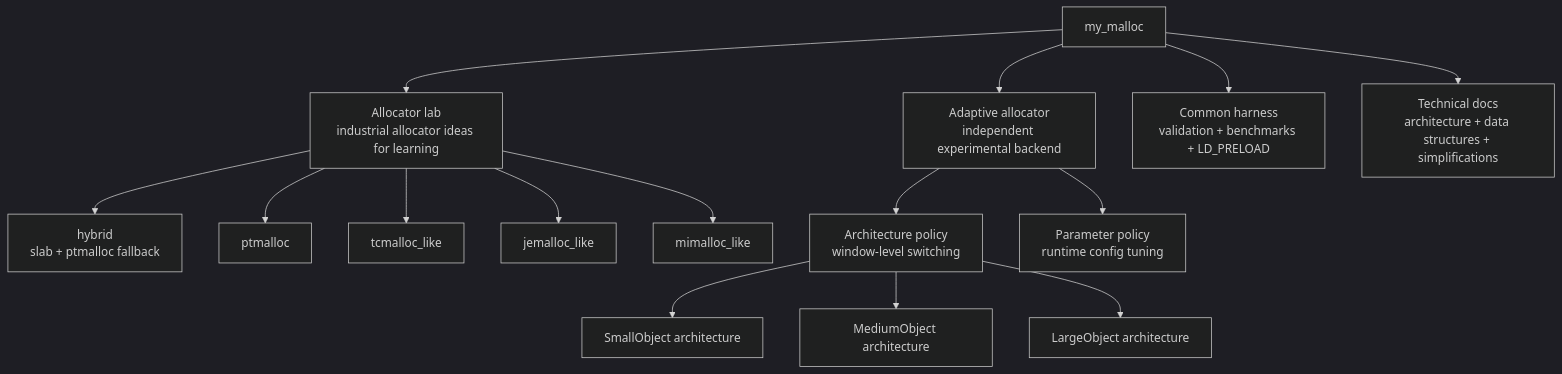
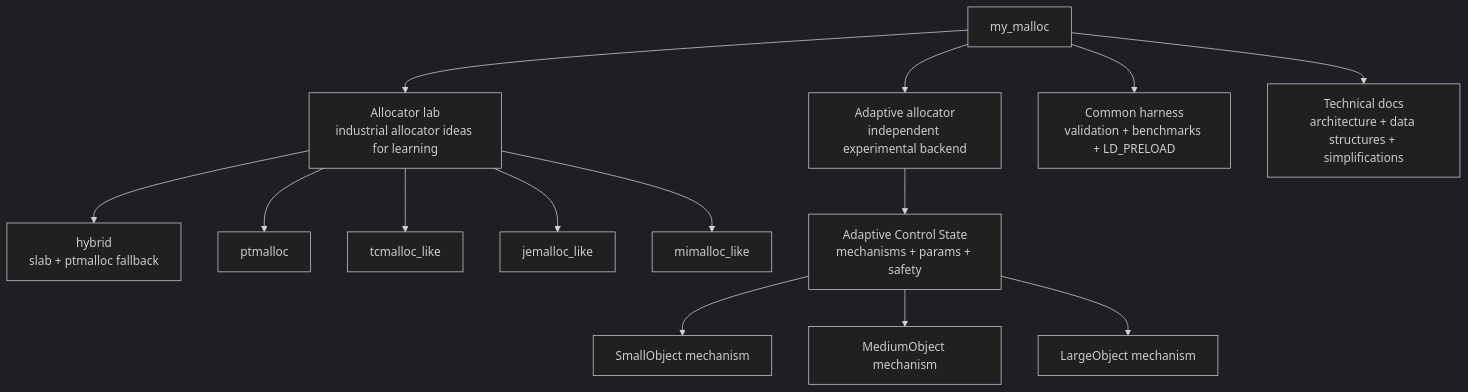
Before and after one commit to sdsasf/my_malloc: the first of 3 diagrams in docs/system_architecture.md, drawn with Mermaid (dark theme). The commit also changed other lines of this file and 8 other files, not shown here.

Commit message:
Clarify adaptive mechanism control

````diff
--- a/docs/system_architecture.md
+++ b/docs/system_architecture.md
@@ -12,26 +12,25 @@
 ```mermaid
 flowchart TB
     Project["my_malloc"]
 
     Lab["Allocator lab<br/>industrial allocator ideas for learning"]
     Adaptive["Adaptive allocator<br/>independent experimental backend"]
     Harness["Common harness<br/>validation + benchmarks + LD_PRELOAD"]
     Docs["Technical docs<br/>architecture + data structures + simplifications"]
 
     Project --> Lab
     Project --> Adaptive
     Project --> Harness
     Project --> Docs
 
     Lab --> Hybrid["hybrid<br/>slab + ptmalloc fallback"]
     Lab --> PT["ptmalloc"]
     Lab --> TC["tcmalloc_like"]
     Lab --> JE["jemalloc_like"]
     Lab --> MI["mimalloc_like"]
 
-    Adaptive --> AP["Architecture policy<br/>window-level switching"]
-    Adaptive --> TP["Parameter policy<br/>runtime config tuning"]
-    AP --> AS["SmallObject architecture"]
-    AP --> AM["MediumObject architecture"]
-    AP --> AL["LargeObject architecture"]
+    Adaptive --> CS["Adaptive Control State<br/>mechanisms + params + safety"]
+    CS --> AS["SmallObject mechanism"]
+    CS --> AM["MediumObject mechanism"]
+    CS --> AL["LargeObject mechanism"]
 ```
````
